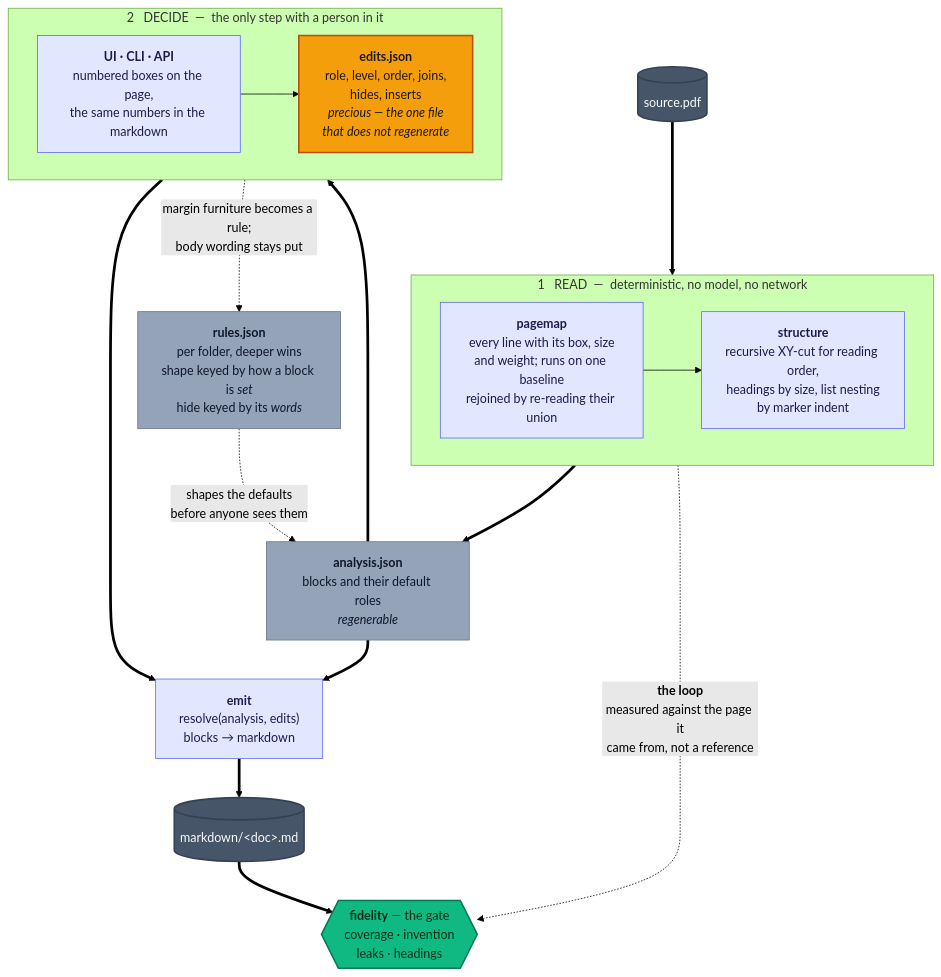
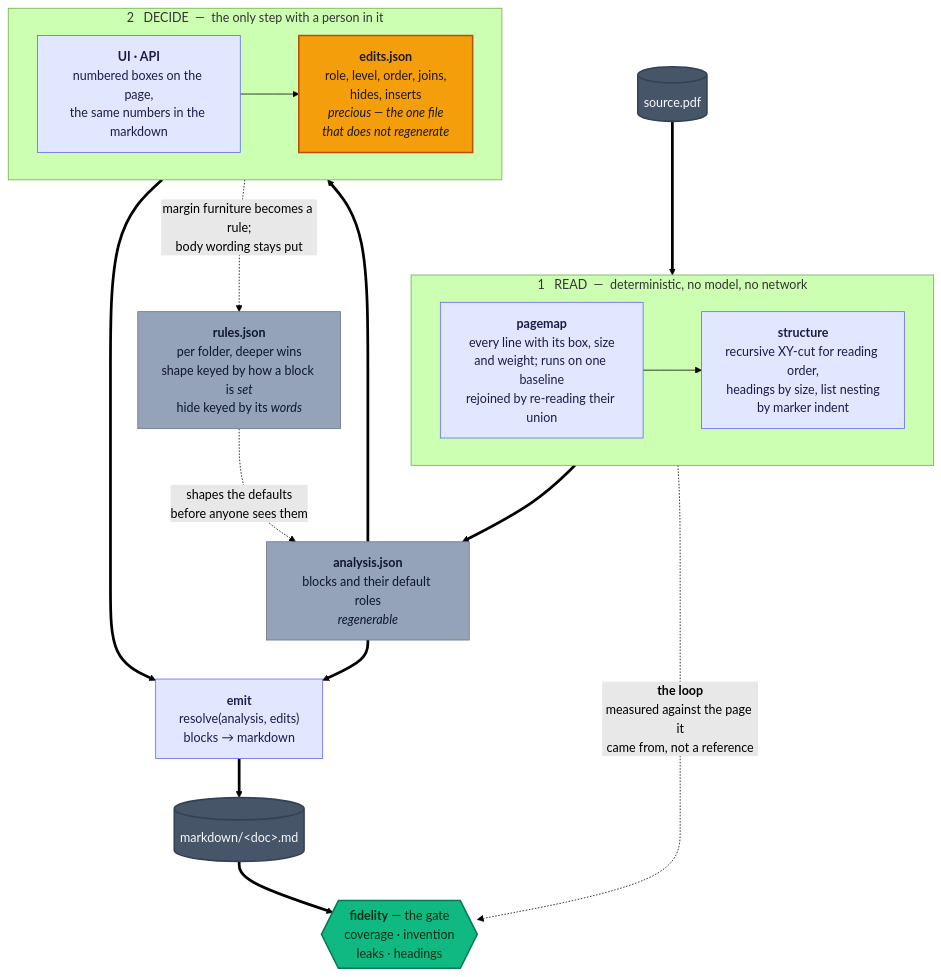
The diagram in README.md (roest1/mdgest), drawn with Mermaid (forest theme) before and after one commit. The commit also changed other lines of this file and 21 other files, not shown here.

````diff
--- a/README.md
+++ b/README.md
@@ -21,48 +21,48 @@
 ```mermaid
 flowchart TB
     PDF[("source.pdf")]
 
     subgraph READ ["1 &nbsp; READ &nbsp;&mdash;&nbsp; deterministic, no model, no network"]
         direction LR
         PM["<b>pagemap</b><br/>every line with its box, size<br/>and weight; runs on one baseline<br/>rejoined by re-reading their union"]
         ST["<b>structure</b><br/>recursive XY-cut for reading order,<br/>headings by size, list nesting<br/>by marker indent"]
         PM --> ST
     end
 
     RU["<b>rules.json</b><br/>per folder, deeper wins<br/>shape keyed by how a block is <i>set</i><br/>hide keyed by its <i>words</i>"]
     AN["<b>analysis.json</b><br/>blocks and their default roles<br/><i>regenerable</i>"]
 
     subgraph DECIDE ["2 &nbsp; DECIDE &nbsp;&mdash;&nbsp; the only step with a person in it"]
         direction LR
-        UI["<b>UI &middot; CLI &middot; API</b><br/>numbered boxes on the page,<br/>the same numbers in the markdown"]
+        UI["<b>UI &middot; API</b><br/>numbered boxes on the page,<br/>the same numbers in the markdown"]
         ED["<b>edits.json</b><br/>role, level, order, joins,<br/>hides, inserts<br/><i>precious &mdash; the one file<br/>that does not regenerate</i>"]
         UI --> ED
     end
 
     EM["<b>emit</b><br/>resolve(analysis, edits)<br/>blocks &rarr; markdown"]
     MD[("markdown/&lt;doc&gt;.md")]
     GA{{"<b>fidelity</b> &mdash; the gate<br/>coverage &middot; invention<br/>leaks &middot; headings"}}
 
     PDF ==> PM
     ST ==> AN
     RU -.->|"shapes the defaults<br/>before anyone sees them"| AN
     AN ==> UI
     AN ==> EM
     ED ==> EM
     EM ==> MD
     MD ==> GA
     PM -.->|"<b>the loop</b><br/>measured against the page it<br/>came from, not a reference"| GA
     ED -.->|"margin furniture becomes a rule;<br/>body wording stays put"| RU
 
     classDef source fill:#475569,stroke:#334155,stroke-width:2px,color:#f8fafc
     classDef regen fill:#94a3b8,stroke:#64748b,stroke-width:1px,color:#0f172a
     classDef precious fill:#f59e0b,stroke:#b45309,stroke-width:2px,color:#1c1917
     classDef gate fill:#10b981,stroke:#047857,stroke-width:2px,color:#052e16
     classDef step fill:#e0e7ff,stroke:#6366f1,stroke-width:1px,color:#1e1b4b
 
     class PDF,MD source
     class AN,RU regen
     class ED precious
     class GA gate
     class PM,ST,EM,UI step
 ```
````
